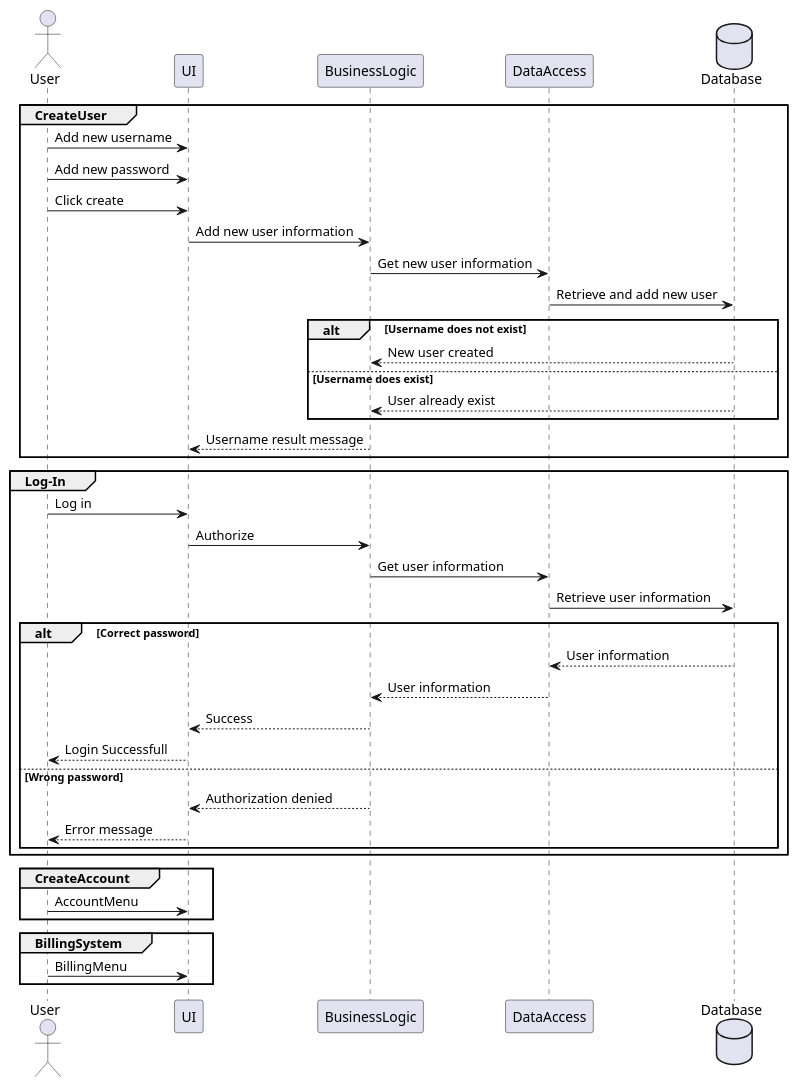
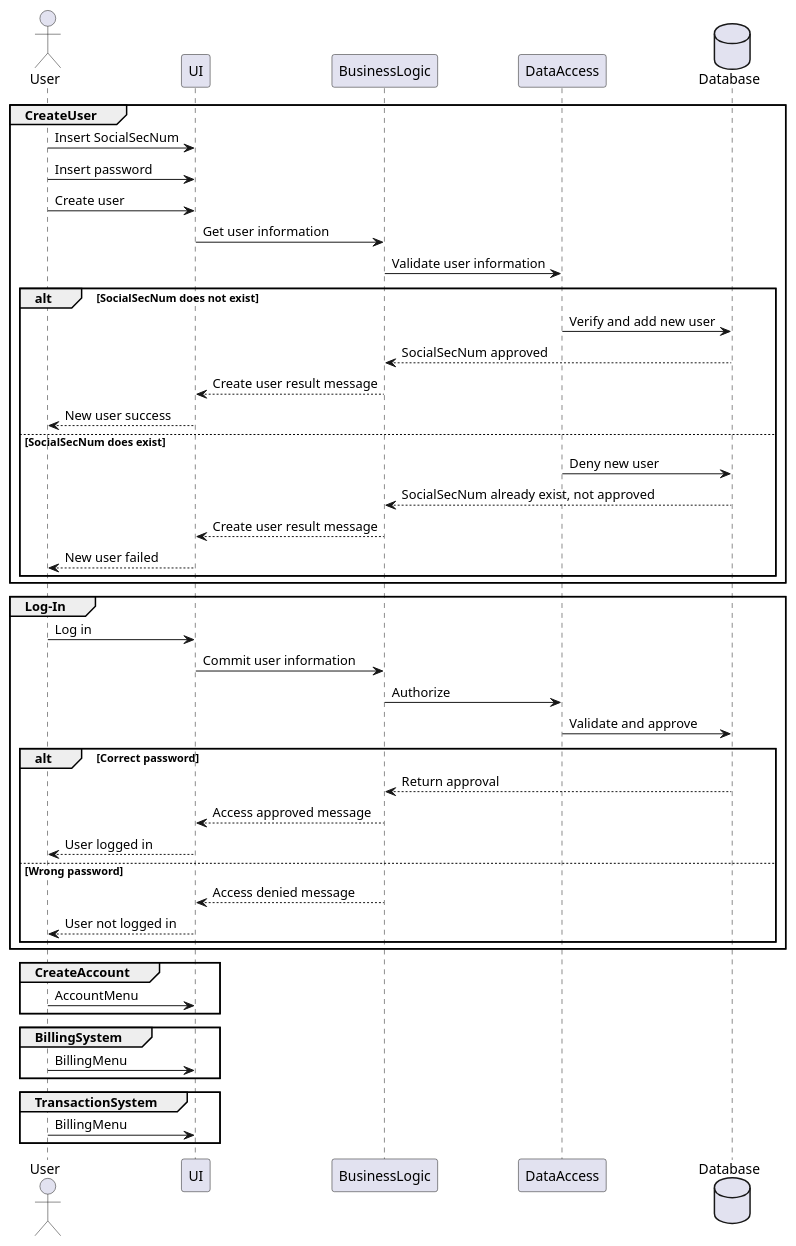
Before and after one commit to runejac/PG3302Eksamen: the diagram in PG3302Eksamen/assets/Sequence.puml, drawn with PlantUML.

Commit message:
Alterations to sequence diagram

```diff
--- a/PG3302Eksamen/assets/Sequence.puml
+++ b/PG3302Eksamen/assets/Sequence.puml
@@ -1,49 +1,58 @@
 @startuml
 
 actor User 
 participant UI
 participant BusinessLogic
 participant DataAccess
 database Database
 
 group CreateUser
-User -> UI : Add new username
-User -> UI : Add new password
-User -> UI : Click create
-UI -> BusinessLogic : Add new user information
-BusinessLogic -> DataAccess : Get new user information
-DataAccess -> Database : Retrieve and add new user 
+User -> UI : Insert SocialSecNum
+User -> UI : Insert password
+User -> UI : Create user
+UI -> BusinessLogic : Get user information
+BusinessLogic -> DataAccess : Validate user information
 
-alt Username does not exist
-BusinessLogic <-- Database : New user created
-else Username does exist
-BusinessLogic <-- Database  : User already exist
+
+alt SocialSecNum does not exist
+DataAccess -> Database : Verify and add new user 
+BusinessLogic <-- Database : SocialSecNum approved
+UI <-- BusinessLogic : Create user result message
+User <-- UI : New user success
+else SocialSecNum does exist
+DataAccess -> Database : Deny new user
+BusinessLogic <-- Database  : SocialSecNum already exist, not approved
+UI <-- BusinessLogic : Create user result message
+User <-- UI : New user failed
 end
-UI <-- BusinessLogic : Username result message
 end
 
 group Log-In
 User -> UI : Log in
-UI -> BusinessLogic : Authorize
-BusinessLogic -> DataAccess: Get user information
-DataAccess -> Database : Retrieve user information
+UI -> BusinessLogic : Commit user information
+BusinessLogic -> DataAccess : Authorize
+DataAccess -> Database : Validate and approve
 alt Correct password
-DataAccess <-- Database : User information
-BusinessLogic <-- DataAccess : User information
-UI <-- BusinessLogic : Success
-User <-- UI : Login Successfull
+BusinessLogic<-- Database : Return approval
+
+UI <-- BusinessLogic : Access approved message
+User <-- UI : User logged in
 else Wrong password
-UI <-- BusinessLogic : Authorization denied
-User <-- UI : Error message
+UI <-- BusinessLogic : Access denied message
+User <-- UI : User not logged in
 end
 end
 
 group CreateAccount
 User -> UI : AccountMenu
 end
 
 group BillingSystem
 User -> UI : BillingMenu
 end
 
+group TransactionSystem
+User -> UI : BillingMenu
+end
+
 @enduml
```
